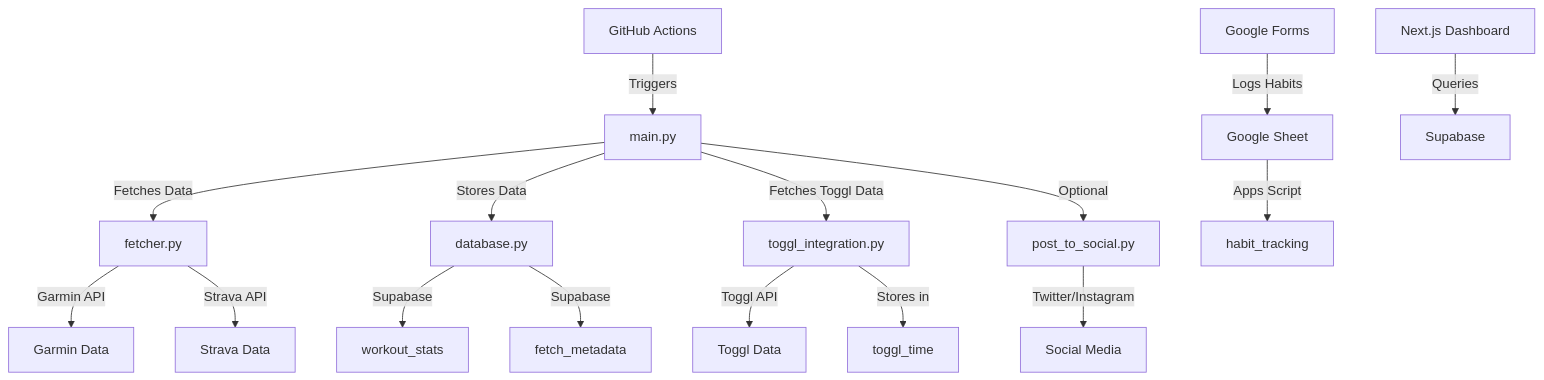
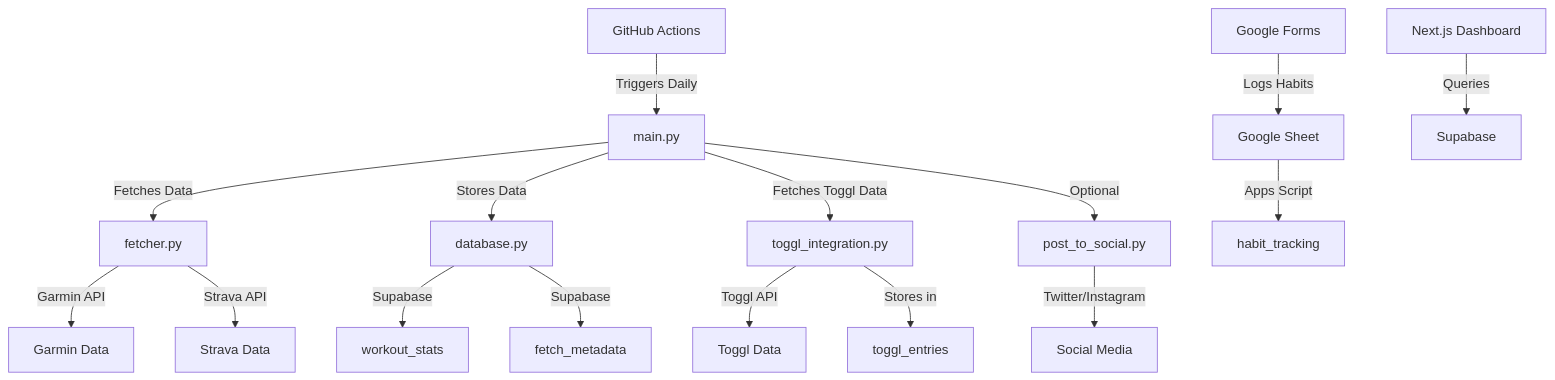
The diagram in README.md (egericke/Proof_Of_Work_r0), drawn with Mermaid before and after one commit. The commit also changed other lines of this file, not shown here.

````diff
--- a/README.md
+++ b/README.md
@@ -48,18 +31,18 @@
 ```mermaid
 graph TD
-    A[GitHub Actions] -->|Triggers| B[main.py]
+    A[GitHub Actions] -->|Triggers Daily| B[main.py]
     B -->|Fetches Data| C[fetcher.py]
     C -->|Garmin API| D[Garmin Data]
     C -->|Strava API| E[Strava Data]
     B -->|Stores Data| F[database.py]
     F -->|Supabase| G[workout_stats]
     F -->|Supabase| H[fetch_metadata]
     B -->|Fetches Toggl Data| I[toggl_integration.py]
     I -->|Toggl API| J[Toggl Data]
-    I -->|Stores in| K[toggl_time]
+    I -->|Stores in| K[toggl_entries]
     B -->|Optional| L[post_to_social.py]
     L -->|Twitter/Instagram| M[Social Media]
     N[Google Forms] -->|Logs Habits| O[Google Sheet]
     O -->|Apps Script| P[habit_tracking]
     Q[Next.js Dashboard] -->|Queries| R[Supabase]
 ```
````
